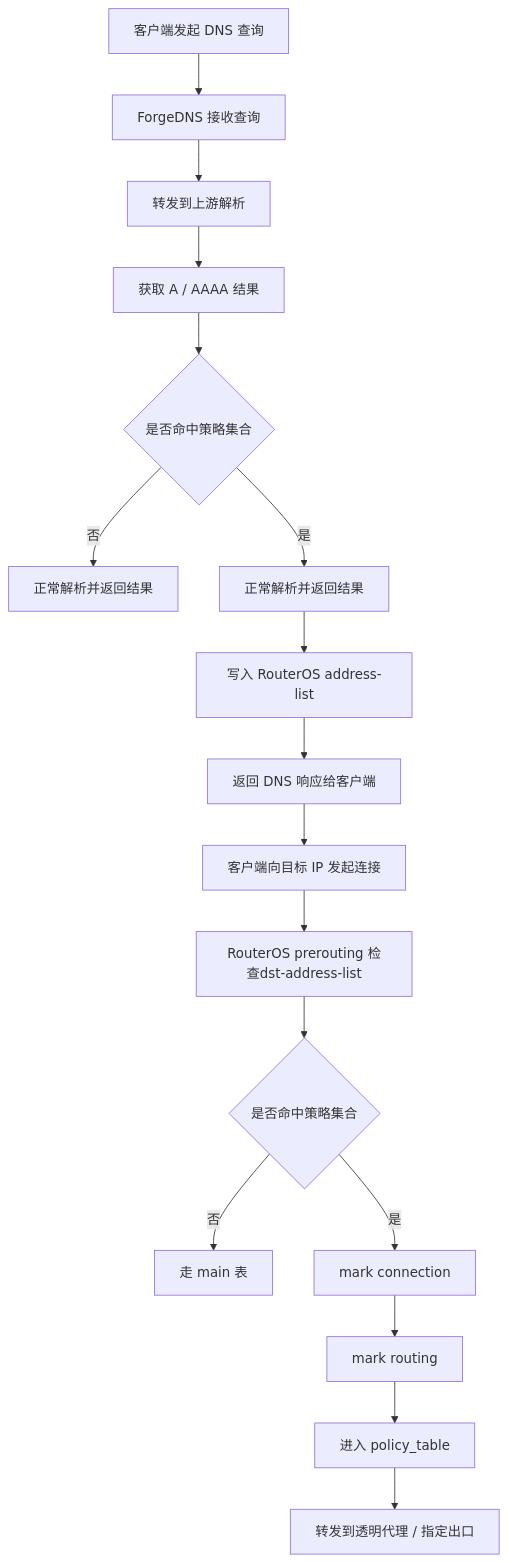
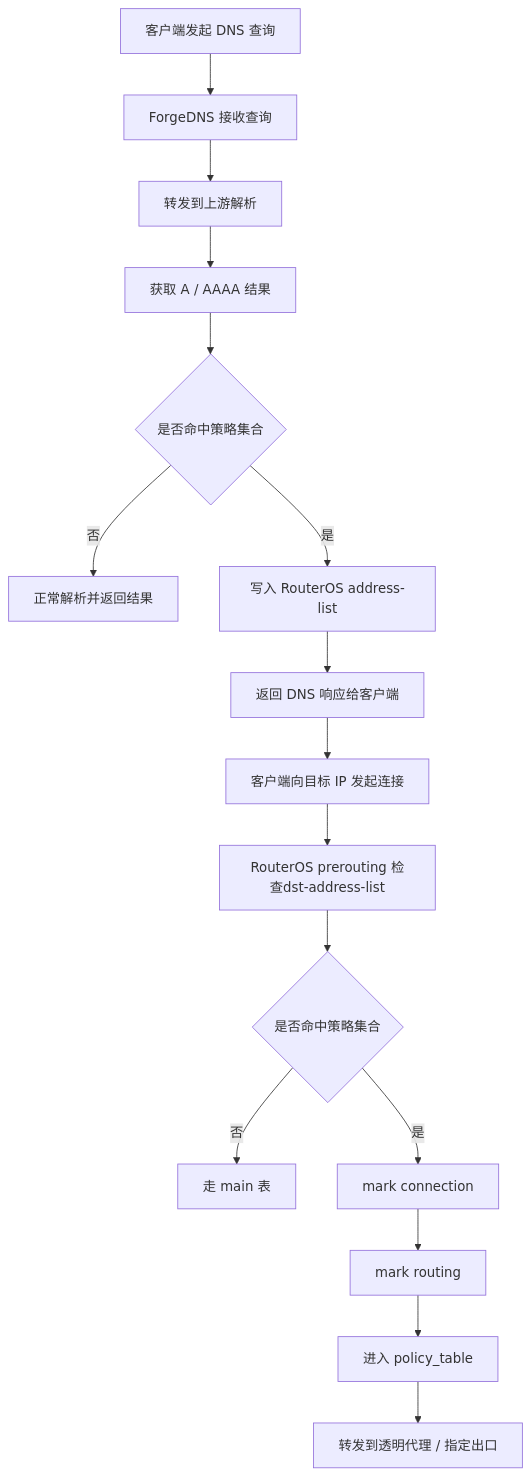
Before and after one commit to SvenShi/forgedns-bypass: the first of 2 diagrams in README.md, drawn with Mermaid.

Commit message:
Rearrange flowchart steps in README

````diff
--- a/README.md
+++ b/README.md
@@ -45,19 +45,18 @@
 ```mermaid
 flowchart TD
     A[客户端发起 DNS 查询] --> B[ForgeDNS 接收查询]
     B --> C[转发到上游解析]
     C --> D[获取 A / AAAA 结果]
     D --> E{是否命中策略集合}
     E -- 否 --> F[正常解析并返回结果]
-    E -- 是 --> G[正常解析并返回结果]
-    G --> H[写入 RouterOS address-list]
-    H --> I[返回 DNS 响应给客户端]
+    E -- 是 --> G[写入 RouterOS address-list]
+    G --> I[返回 DNS 响应给客户端]
     I --> J[客户端向目标 IP 发起连接]
     J --> K[RouterOS prerouting 检查dst-address-list]
     K --> L{是否命中策略集合}
     L -- 否 --> M[走 main 表]
     L -- 是 --> O[mark connection]
     O --> P[mark routing]
     P --> Q[进入 policy_table]
     Q --> X[转发到透明代理 / 指定出口]
 ```
````
